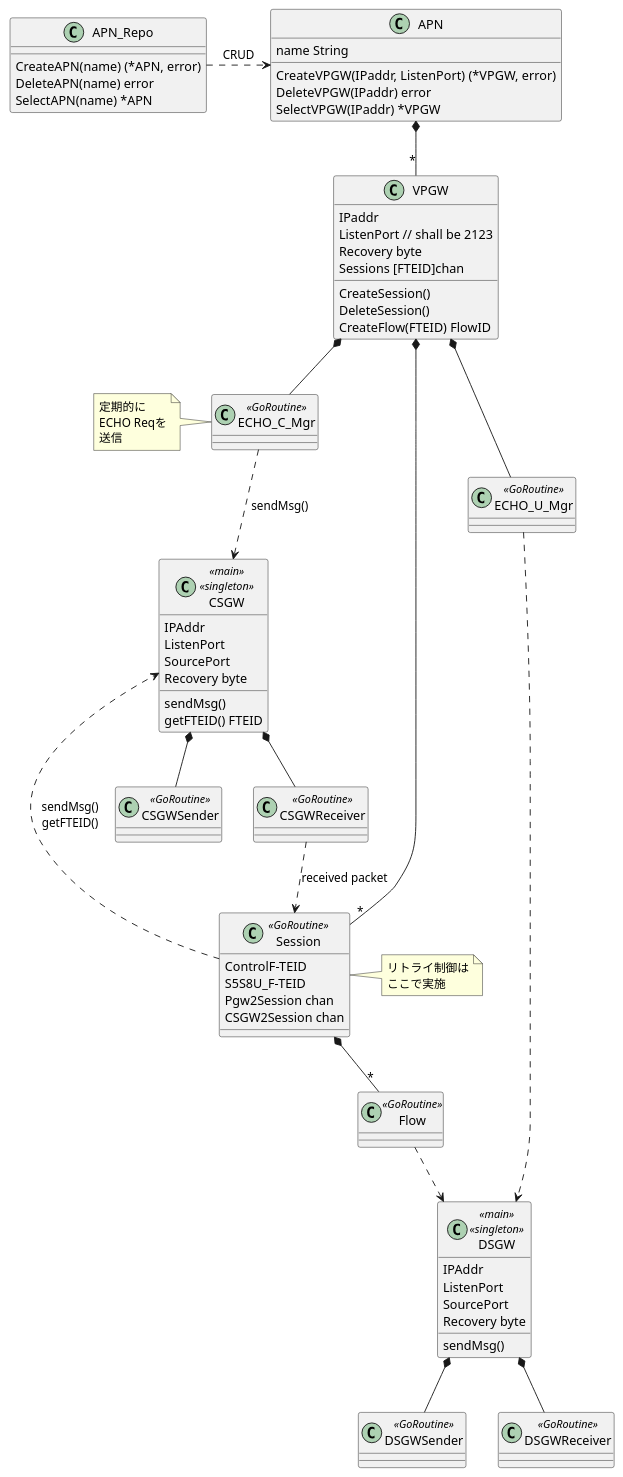
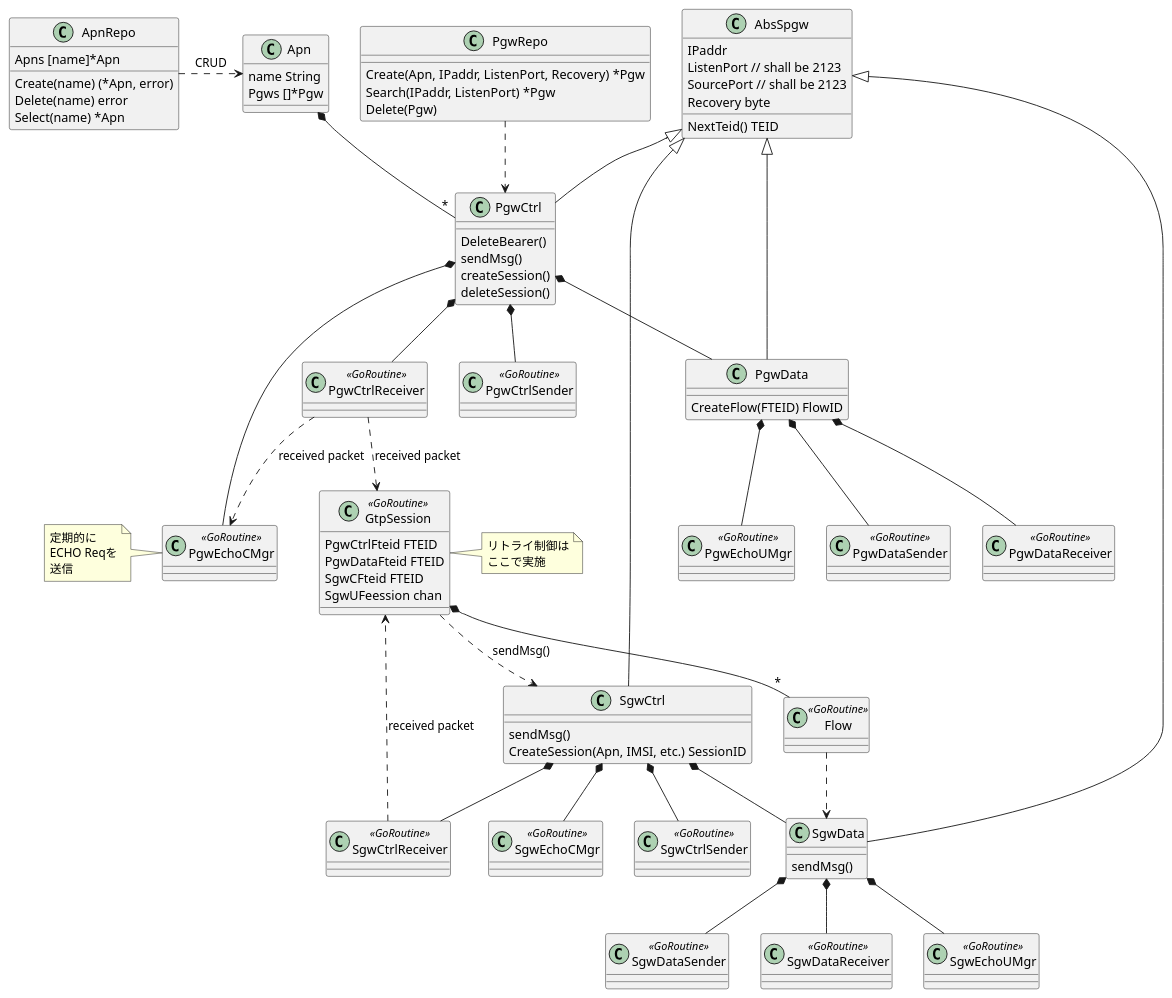
The diagram in docs/gojiko.puml (craftone/gojiko), drawn with PlantUML before and after one commit.

Commit message:
Write first version of class diagram

```diff
--- a/docs/gojiko.puml
+++ b/docs/gojiko.puml
@@ -1,87 +1,145 @@
 @startuml
 
-class APN_Repo {
-  CreateAPN(name) (*APN, error)
-  DeleteAPN(name) error
-  SelectAPN(name) *APN
+'''''''''''''''''''
+' APN part
+'''''''''''''''''''
+
+class ApnRepo {
+  Apns [name]*Apn
+  Create(name) (*Apn, error)
+  Delete(name) error
+  Select(name) *Apn
 }
-class APN {
+class Apn {
   name String
-  CreateVPGW(IPaddr, ListenPort) (*VPGW, error)
-  DeleteVPGW(IPaddr) error
-  SelectVPGW(IPaddr) *VPGW
+  Pgws []*Pgw
 }
-class VPGW {
+
+ApnRepo .> Apn : CRUD
+Apn *-- "*" PgwCtrl
+
+'''''''''''''''''''
+' S/PGW part
+'''''''''''''''''''
+
+class AbsSpgw {
   IPaddr
   ListenPort // shall be 2123
+  SourcePort // shall be 2123
   Recovery byte
-  Sessions [FTEID]chan
-  CreateSession()
-  DeleteSession()
+  NextTeid() TEID
+}
+
+class PgwRepo {
+  Create(Apn, IPaddr, ListenPort, Recovery) *Pgw
+  Search(IPaddr, ListenPort) *Pgw
+  Delete(Pgw)
+}
+
+class PgwCtrl {
+  DeleteBearer()
+  sendMsg()
+  createSession()
+  deleteSession()
+}
+AbsSpgw <|-- PgwCtrl
+
+class PgwData {
   CreateFlow(FTEID) FlowID
 }
-class ECHO_C_Mgr <<GoRoutine>>
+AbsSpgw <|-- PgwData
+PgwCtrl *-- PgwData
+
+class PgwCtrlReceiver <<GoRoutine>>
+PgwCtrl *-- PgwCtrlReceiver
+
+class PgwCtrlSender <<GoRoutine>>
+PgwCtrl *-- PgwCtrlSender
+
+
+PgwRepo ..> PgwCtrl
+PgwCtrl *-- PgwEchoCMgr
+PgwData *-- PgwEchoUMgr
+
+class PgwEchoCMgr <<GoRoutine>>
 note left
   定期的に
   ECHO Reqを
   送信
 end note
 
-class ECHO_U_Mgr <<GoRoutine>>
+class PgwDataSender <<GoRoutine>>
+class PgwDataReceiver <<GoRoutine>>
 
-class Session <<GoRoutine>> {
-  ControlF-TEID
-  S5S8U_F-TEID
-  Pgw2Session chan
-  CSGW2Session chan
+PgwData *-- PgwDataSender
+PgwData *-- PgwDataReceiver
+
+
+class PgwEchoUMgr <<GoRoutine>>
+
+PgwCtrlReceiver ..> PgwEchoCMgr : received packet
+
+'''''''''''''''''''
+' SGW part
+'''''''''''''''''''
+
+class SgwCtrl {
+  sendMsg()
+  CreateSession(Apn, IMSI, etc.) SessionID
+}
+
+class SgwData {
+  sendMsg()
+}
+SgwCtrl *-- SgwData
+
+AbsSpgw <|-- SgwCtrl
+AbsSpgw <|-- SgwData
+
+class SgwDataSender <<GoRoutine>>
+class SgwDataReceiver <<GoRoutine>>
+
+SgwCtrl *-- SgwCtrlSender
+SgwCtrl *-- SgwCtrlReceiver
+
+
+class SgwCtrlSender <<GoRoutine>>
+class SgwCtrlReceiver <<GoRoutine>>
+
+SgwData *-- SgwDataSender
+SgwData *-- SgwDataReceiver
+
+class SgwEchoCMgr <<GoRoutine>>
+class SgwEchoUMgr <<GoRoutine>>
+
+SgwCtrl *-- SgwEchoCMgr
+SgwData *-- SgwEchoUMgr
+
+'''''''''''''''''''
+' GtpSession part
+'''''''''''''''''''
+
+class GtpSession <<GoRoutine>> {
+  PgwCtrlFteid FTEID
+  PgwDataFteid FTEID
+  SgwCFteid FTEID
+  SgwUFeession chan
 }
 note right
   リトライ制御は
   ここで実施
 end note
+
 class Flow <<GoRoutine>>
 
-class DSGW <<main>> <<singleton>> {
-  IPAddr
-  ListenPort
-  SourcePort
-  Recovery byte
-  sendMsg()
-}
-class DSGWSender <<GoRoutine>>
-class DSGWReceiver <<GoRoutine>>
 
-class CSGW <<main>> <<singleton>> {
-  IPAddr
-  ListenPort
-  SourcePort
-  Recovery byte
-  sendMsg()
-  getFTEID() FTEID
-}
-class CSGWSender <<GoRoutine>>
-class CSGWReceiver <<GoRoutine>>
+GtpSession *-- "*" Flow
 
-APN_Repo .> APN : CRUD
-APN *-- "*" VPGW
+GtpSession ..> SgwCtrl : sendMsg()
+Flow ..> SgwData
 
-VPGW *-- ECHO_C_Mgr
-VPGW *-- ECHO_U_Mgr
 
-VPGW *- "*" Session
-
-Session *-- "*" Flow
-
-Session ..> CSGW : sendMsg()\ngetFTEID()
-ECHO_C_Mgr ..> CSGW : sendMsg()
-Flow ..> DSGW
-ECHO_U_Mgr ..> DSGW
-
-CSGW *-- CSGWSender
-CSGW *-- CSGWReceiver
-DSGW *-- DSGWSender
-DSGW *-- DSGWReceiver
-
-CSGWReceiver ..> Session : received packet
+SgwCtrlReceiver ..> GtpSession : received packet
+PgwCtrlReceiver ..> GtpSession : received packet
 
 @enduml
```
